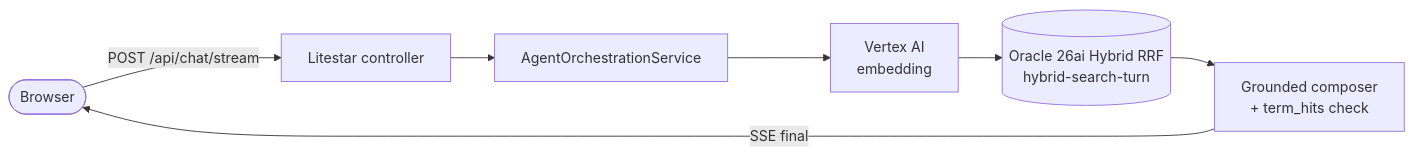
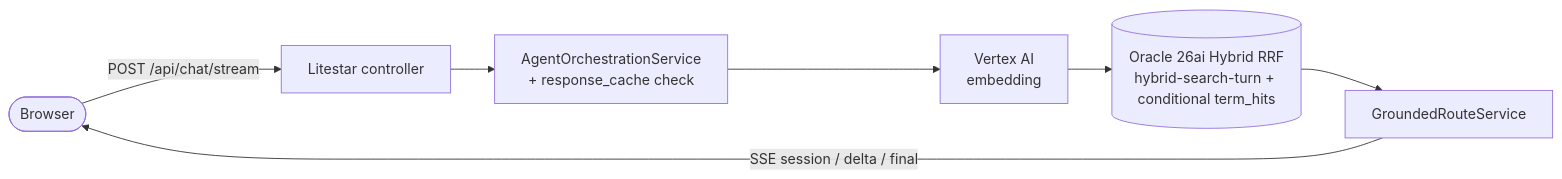
One commit to cofin/oracledb-vertexai-demo changed the first of 3 diagrams in docs/tour.md. Above: the diagram before and after it, drawn with Mermaid. The commit also changed other lines of this file and 107 other files, not shown here.

````diff
--- a/docs/tour.md
+++ b/docs/tour.md
@@ -27,9 +28,9 @@
 ```{mermaid}
 flowchart LR
     B([Browser]) -->|POST /api/chat/stream| C[Litestar controller]
-    C --> R[AgentOrchestrationService]
+    C --> R[AgentOrchestrationService<br/>+ response_cache check]
     R --> V[Vertex AI<br/>embedding]
-    V --> O[(Oracle 26ai Hybrid RRF<br/>hybrid-search-turn)]
-    O --> G[Grounded composer<br/>+ term_hits check]
-    G -->|SSE final| B
+    V --> O[(Oracle 26ai Hybrid RRF<br/>hybrid-search-turn + conditional term_hits)]
+    O --> G[GroundedRouteService]
+    G -->|SSE session / delta / final| B
 ```
````
